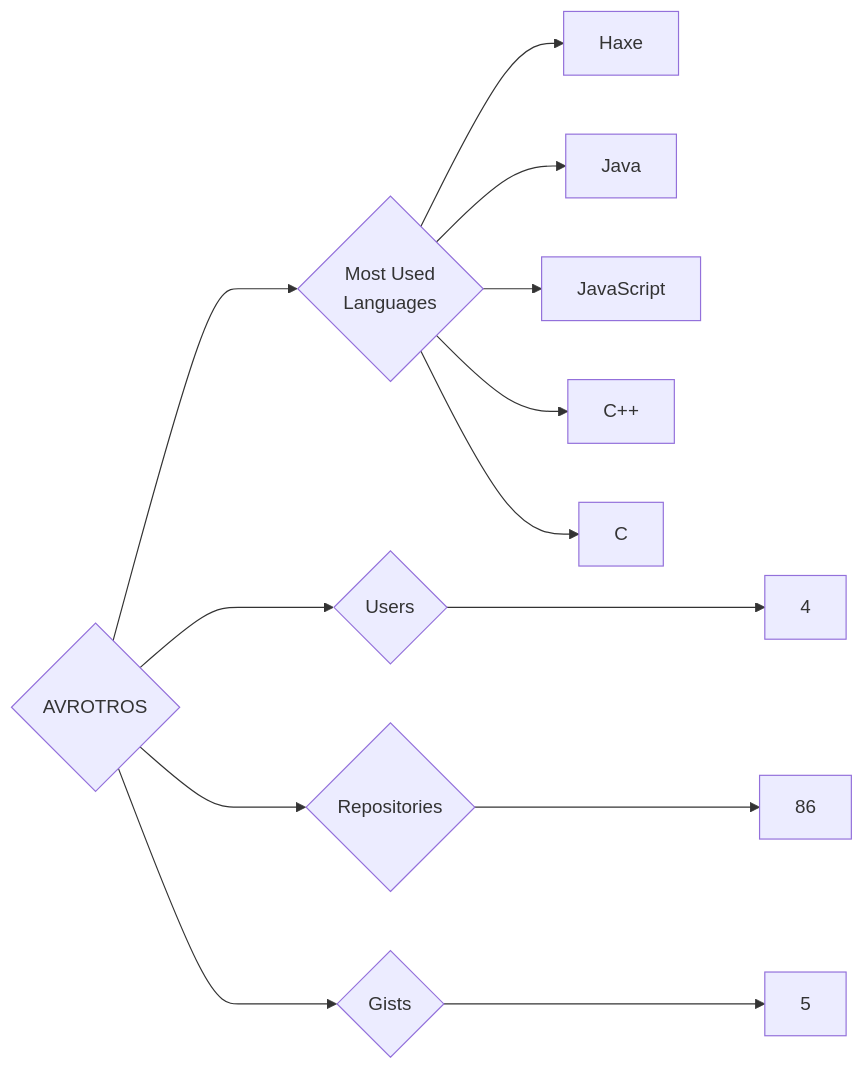
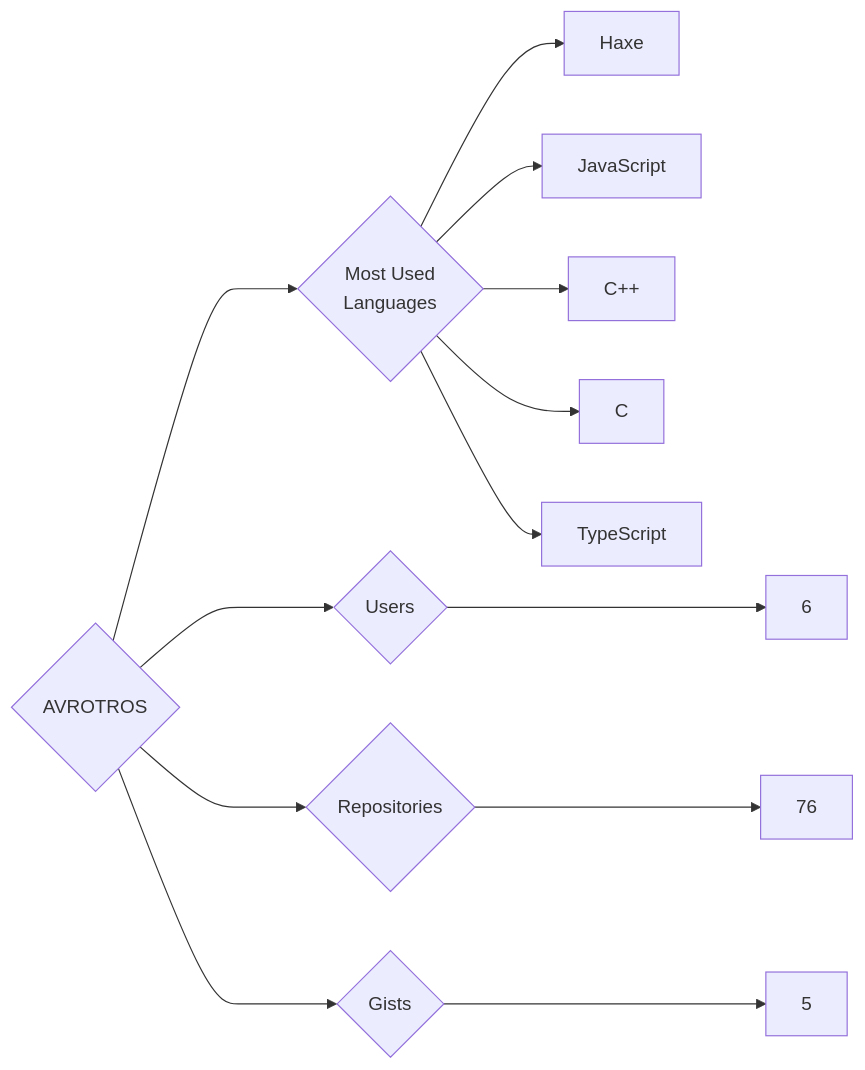
One commit to trickest/insiders changed the diagram in targets/AVROTROS/README.md. Above: the diagram before and after it, drawn with Mermaid. The commit also changed 861 other files, not shown here.

````diff
--- a/targets/AVROTROS/README.md
+++ b/targets/AVROTROS/README.md
@@ -3,13 +3,13 @@
 ```mermaid
 graph LR
 COMPANY_NAME{AVROTROS}
-COMPANY_NAME ---> U{Users} ---> UN[4]
-COMPANY_NAME ---> R{Repositories} ---> RN[86]
+COMPANY_NAME ---> U{Users} ---> UN[6]
+COMPANY_NAME ---> R{Repositories} ---> RN[76]
 COMPANY_NAME ---> G{Gists} ---> GN[5]
 COMPANY_NAME ---> ML{Most Used<br>Languages}
 ML --> Haxe[Haxe]
-ML --> Java[Java]
 ML --> JavaScript[JavaScript]
 ML --> C++[C++]
 ML --> C[C]
+ML --> TypeScript[TypeScript]
 ```
````
